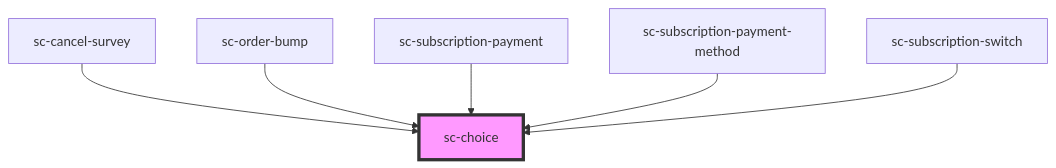
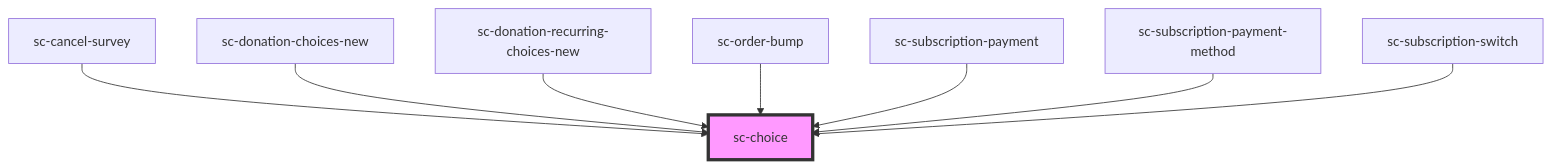
Before and after one commit to surecart/surecart-wp-plugin: the diagram in packages/components/src/components/ui/choice/readme.md, drawn with Mermaid. The commit also changed other lines of this file and 18 other files, not shown here.

Commit message:
Added new component for recurring choices

````diff
--- a/packages/components/src/components/ui/choice/readme.md
+++ b/packages/components/src/components/ui/choice/readme.md
@@ -101,9 +103,11 @@
 ```mermaid
 graph TD;
   sc-cancel-survey --> sc-choice
+  sc-donation-choices-new --> sc-choice
+  sc-donation-recurring-choices-new --> sc-choice
   sc-order-bump --> sc-choice
   sc-subscription-payment --> sc-choice
   sc-subscription-payment-method --> sc-choice
   sc-subscription-switch --> sc-choice
   style sc-choice fill:#f9f,stroke:#333,stroke-width:4px
 ```
````
